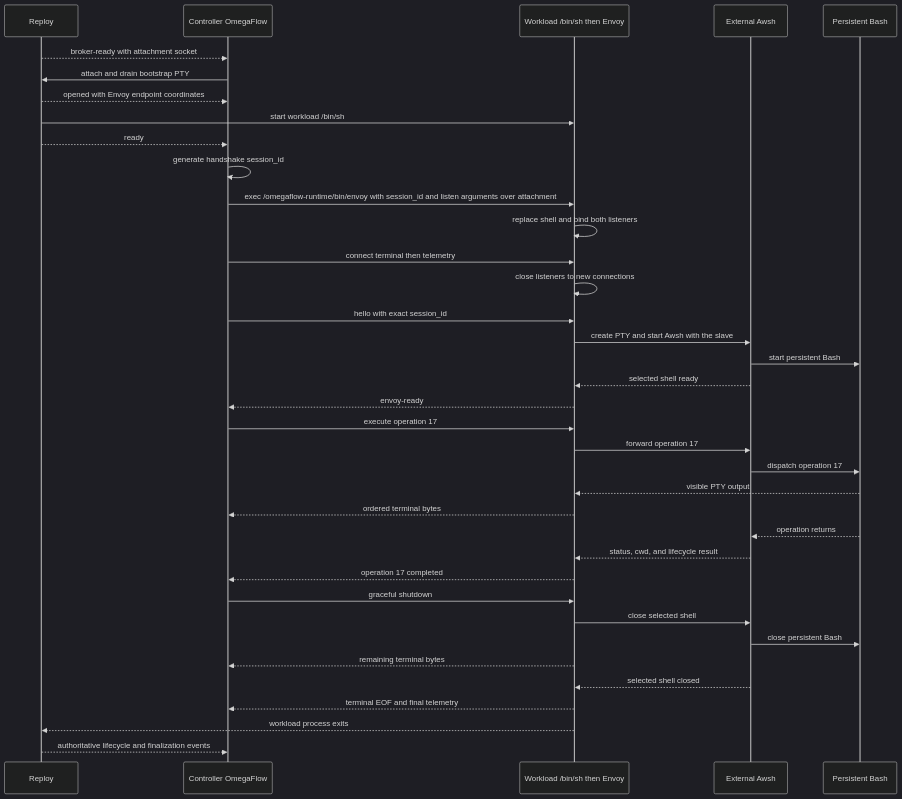
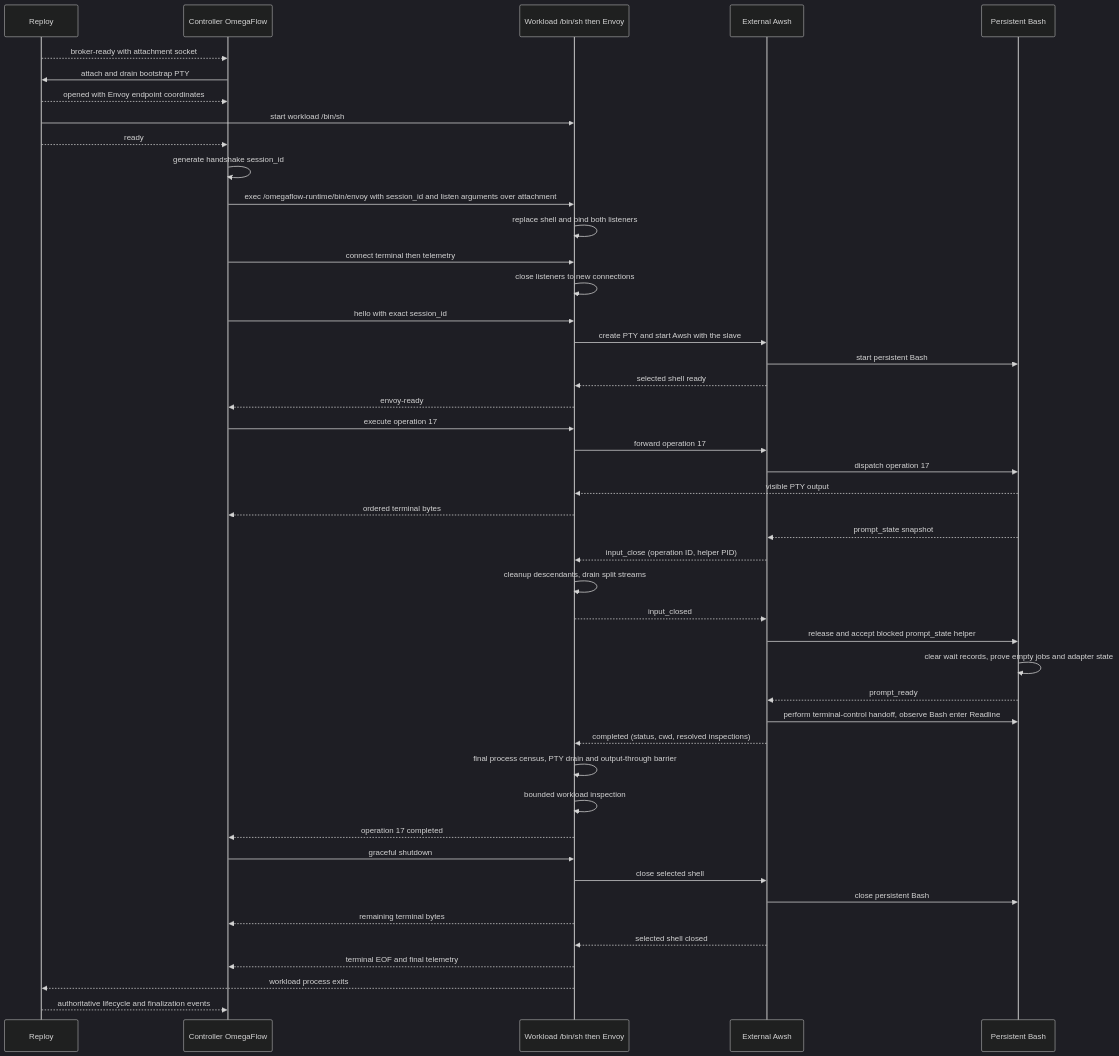
One commit to omry/omegaflow changed the second of 2 diagrams in docs/design/omegaflow-envoy-design.md. Above: the diagram before and after it, drawn with Mermaid (dark theme). The commit also changed other lines of this file and 3 other files, not shown here.

````diff
--- a/docs/design/omegaflow-envoy-design.md
+++ b/docs/design/omegaflow-envoy-design.md
@@ -736,42 +783,51 @@
 ```mermaid
 sequenceDiagram
     participant R as Reploy
     participant C as Controller OmegaFlow
     participant W as Workload /bin/sh then Envoy
     participant A as External Awsh
     participant B as Persistent Bash
 
     R-->>C: broker-ready with attachment socket
     C->>R: attach and drain bootstrap PTY
     R-->>C: opened with Envoy endpoint coordinates
     R->>W: start workload /bin/sh
     R-->>C: ready
     C->>C: generate handshake session_id
     C->>W: exec /omegaflow-runtime/bin/envoy with session_id and listen arguments over attachment
     W->>W: replace shell and bind both listeners
     C->>W: connect terminal then telemetry
     W->>W: close listeners to new connections
     C->>W: hello with exact session_id
     W->>A: create PTY and start Awsh with the slave
     A->>B: start persistent Bash
     A-->>W: selected shell ready
     W-->>C: envoy-ready
 
     C->>W: execute operation 17
     W->>A: forward operation 17
     A->>B: dispatch operation 17
     B-->>W: visible PTY output
     W-->>C: ordered terminal bytes
-    B-->>A: operation returns
-    A-->>W: status, cwd, and lifecycle result
+    B-->>A: prompt_state snapshot
+    A-->>W: input_close (operation ID, helper PID)
+    W->>W: cleanup descendants, drain split streams
+    W-->>A: input_closed
+    A->>B: release and accept blocked prompt_state helper
+    B->>B: clear wait records, prove empty jobs and adapter state
+    B-->>A: prompt_ready
+    A->>B: perform terminal-control handoff, observe Bash enter Readline
+    A-->>W: completed (status, cwd, resolved inspections)
+    W->>W: final process census, PTY drain and output-through barrier
+    W->>W: bounded workload inspection
     W-->>C: operation 17 completed
 
     C->>W: graceful shutdown
     W->>A: close selected shell
     A->>B: close persistent Bash
     W-->>C: remaining terminal bytes
     A-->>W: selected shell closed
     W-->>C: terminal EOF and final telemetry
     W-->>R: workload process exits
     R-->>C: authoritative lifecycle and finalization events
 ```
````
